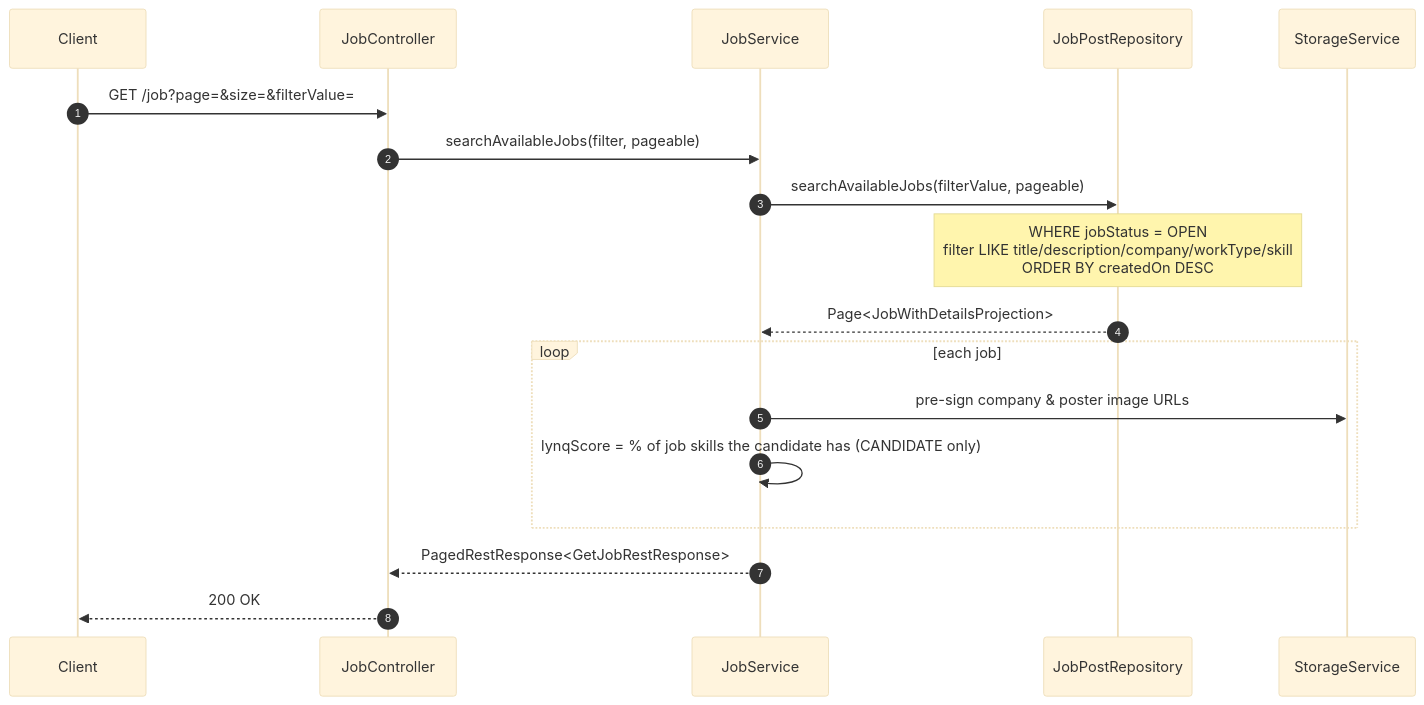
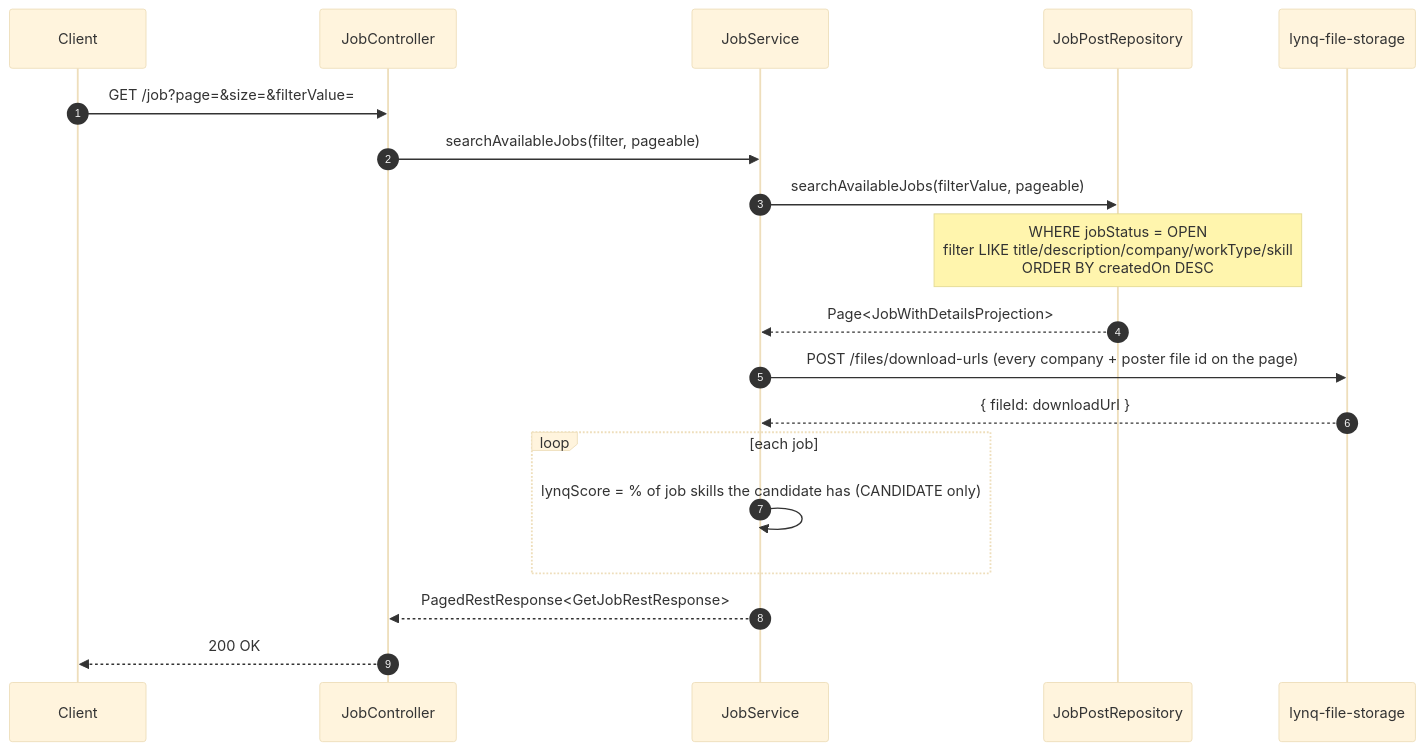
One commit to MatLock/UdeSA-lynq changed the second of 4 diagrams in lynq-app-backend/README.md. Above: the diagram before and after it, drawn with Mermaid (base theme). The commit also changed other lines of this file and 80 other files, not shown here.

````diff
--- a/lynq-app-backend/README.md
+++ b/lynq-app-backend/README.md
@@ -159,21 +159,22 @@
 ```mermaid
 sequenceDiagram
     autonumber
     participant C as Client
     participant Ctrl as JobController
     participant Svc as JobService
     participant Repo as JobPostRepository
-    participant S3 as StorageService
+    participant FS as lynq-file-storage
 
     C->>Ctrl: GET /job?page=&size=&filterValue=
     Ctrl->>Svc: searchAvailableJobs(filter, pageable)
     Svc->>Repo: searchAvailableJobs(filterValue, pageable)
     Note over Repo: WHERE jobStatus = OPEN<br/>filter LIKE title/description/company/workType/skill<br/>ORDER BY createdOn DESC
     Repo-->>Svc: Page<JobWithDetailsProjection>
+    Svc->>FS: POST /files/download-urls (every company + poster file id on the page)
+    FS-->>Svc: { fileId: downloadUrl }
     loop each job
-        Svc->>S3: pre-sign company & poster image URLs
         Svc->>Svc: lynqScore = % of job skills the candidate has (CANDIDATE only)
     end
     Svc-->>Ctrl: PagedRestResponse<GetJobRestResponse>
     Ctrl-->>C: 200 OK
 ```
````
